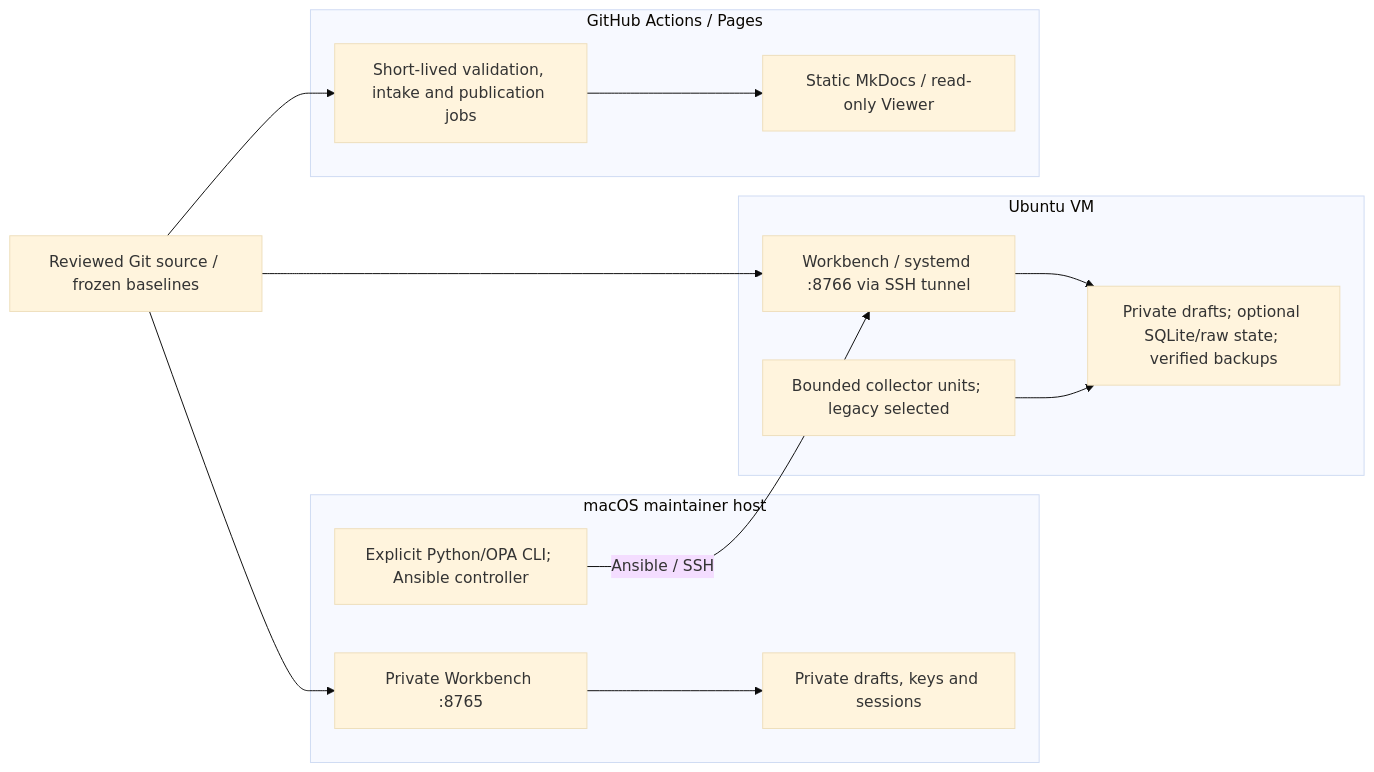
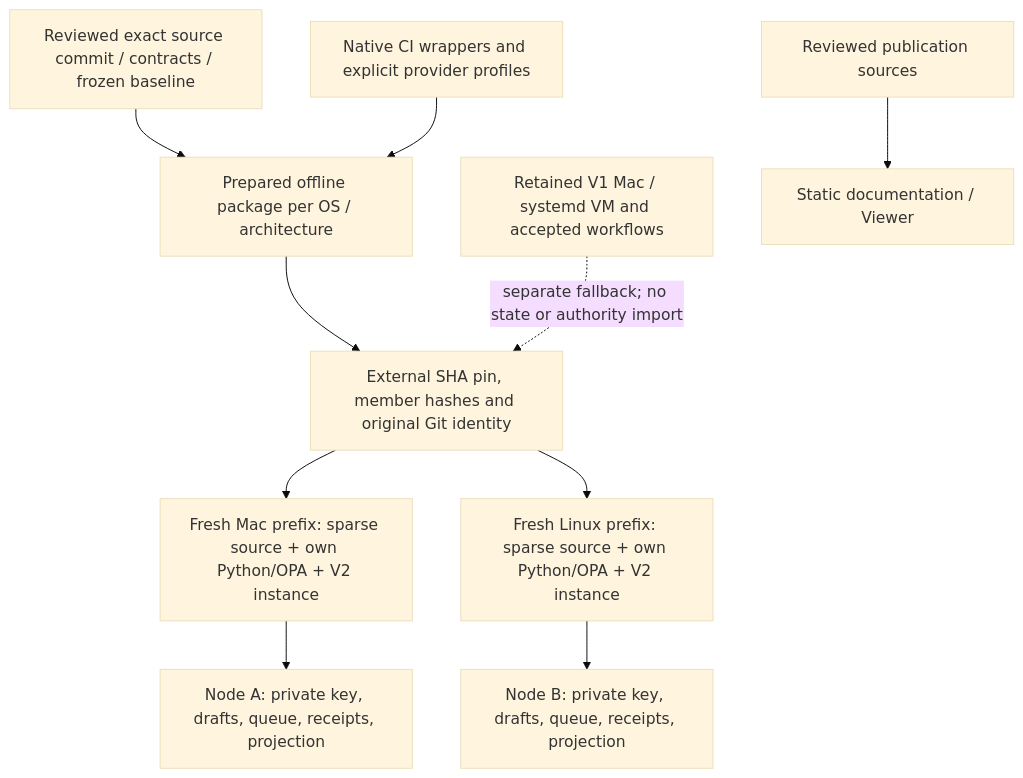
Before and after one commit to joku-dev/devsecops-governance-framework: the fourth of 4 diagrams in docs/governance/architecture/governance-as-code-system-architecture.md, drawn with Mermaid (base theme). The commit also changed other lines of this file and 7 other files, not shown here.

Commit message:
docs: establish AXIOM V2 as the product architecture foundation

````diff
--- a/docs/governance/architecture/governance-as-code-system-architecture.md
+++ b/docs/governance/architecture/governance-as-code-system-architecture.md
@@ -454,19 +568,12 @@
 ```mermaid
-flowchart LR
-    Git["Reviewed Git source / frozen baselines"]
-    subgraph Mac["macOS maintainer host"]
-      MacWB["Private Workbench :8765"] --> MacState["Private drafts, keys and sessions"]
-      MacCLI["Explicit Python/OPA CLI; Ansible controller"]
-    end
-    subgraph VM["Ubuntu VM"]
-      VMWB["Workbench / systemd :8766 via SSH tunnel"] --> VMState["Private drafts; optional SQLite/raw state; verified backups"]
-      Collector["Bounded collector units; legacy selected"] --> VMState
-    end
-    subgraph GH["GitHub Actions / Pages"]
-      Jobs["Short-lived validation, intake and publication jobs"] --> Pages["Static MkDocs / read-only Viewer"]
-    end
-    Git --> MacWB
-    Git --> VMWB
-    Git --> Jobs
-    MacCLI -- "Ansible / SSH" --> VMWB
+flowchart TB
+    Source["Reviewed exact source commit / contracts / frozen baseline"] --> Build["Prepared offline package per OS / architecture"]
+    Build --> Admit["External SHA pin, member hashes and original Git identity"]
+    Admit --> Mac["Fresh Mac prefix: sparse source + own Python/OPA + V2 instance"]
+    Admit --> VM["Fresh Linux prefix: sparse source + own Python/OPA + V2 instance"]
+    Mac --> MS["Node A: private key, drafts, queue, receipts, projection"]
+    VM --> VS["Node B: private key, drafts, queue, receipts, projection"]
+    CI["Native CI wrappers and explicit provider profiles"] --> Build
+    Old["Retained V1 Mac / systemd VM and accepted workflows"] -. "separate fallback; no state or authority import" .-> Admit
+    Reviewed["Reviewed publication sources"] --> Public["Static documentation / Viewer"]
 ```
````
